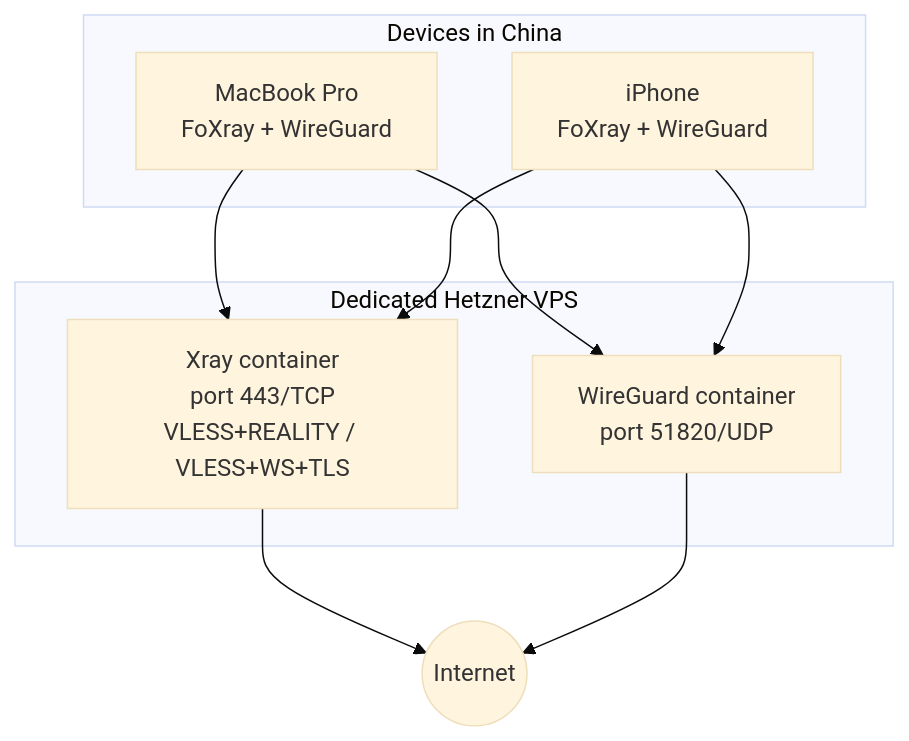
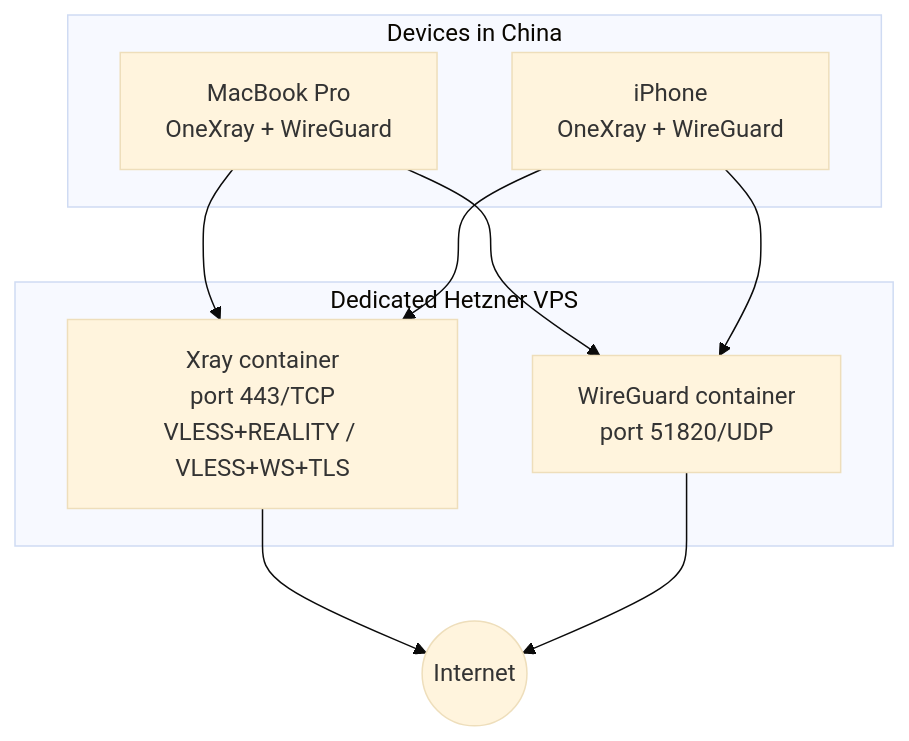
One commit to rednaw/iac changed the diagram in docs/future/vpn-travel-china.md. Above: the diagram before and after it, drawn with Mermaid (base theme). The commit also changed other lines of this file and 2 other files, not shown here.

````diff
--- a/docs/future/vpn-travel-china.md
+++ b/docs/future/vpn-travel-china.md
@@ -25,19 +27,19 @@
 ```mermaid
 flowchart TB
     subgraph clients ["Devices in China"]
-        mac["MacBook Pro<br/>FoXray + WireGuard"]
-        phone["iPhone<br/>FoXray + WireGuard"]
+        mac["MacBook Pro<br/>OneXray + WireGuard"]
+        phone["iPhone<br/>OneXray + WireGuard"]
     end
 
     subgraph vps ["Dedicated Hetzner VPS"]
         xray["Xray container<br/>port 443/TCP<br/>VLESS+REALITY / VLESS+WS+TLS"]
         wg["WireGuard container<br/>port 51820/UDP"]
     end
 
     mac --> xray
     mac --> wg
     phone --> xray
     phone --> wg
     xray --> internet((Internet))
     wg --> internet
 ```
````
